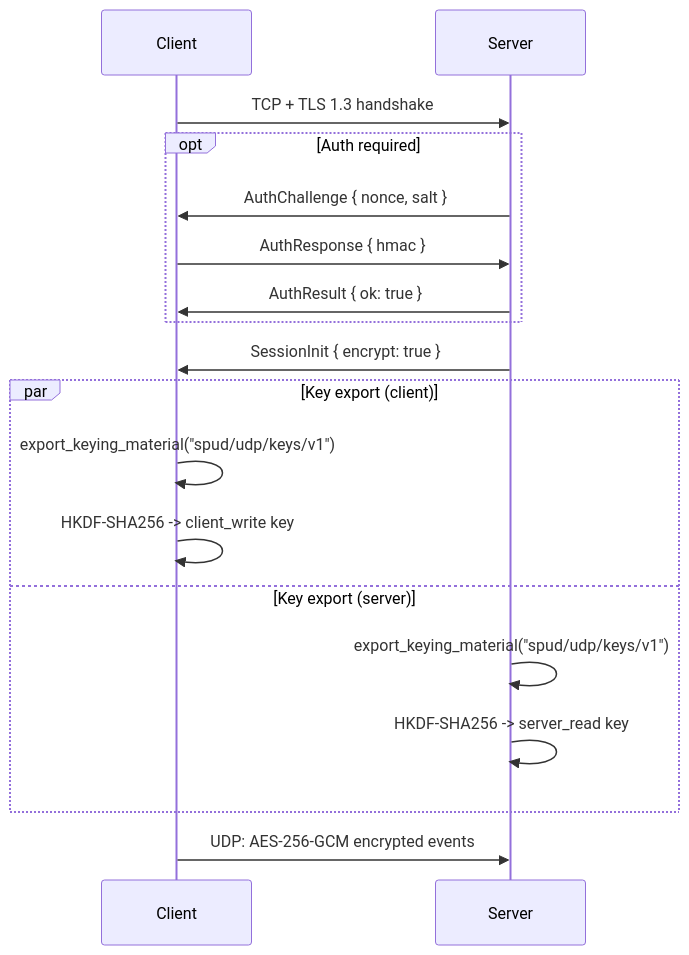
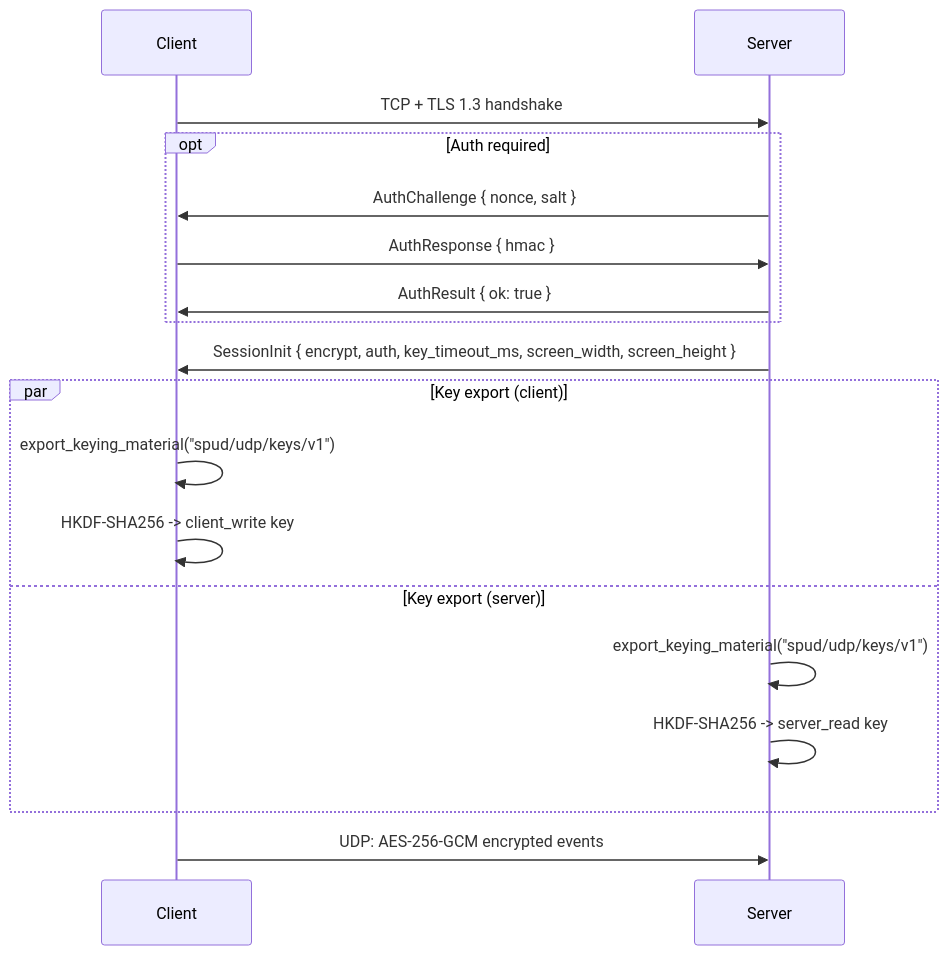
One commit to xfoa/spud changed the first of 3 diagrams in docs/encryption.md. Above: the diagram before and after it, drawn with Mermaid. The commit also changed other lines of this file and 4 other files, not shown here.

````diff
--- a/docs/encryption.md
+++ b/docs/encryption.md
@@ -27,20 +27,20 @@
 ```mermaid
 sequenceDiagram
     participant C as Client
     participant S as Server
     C->>S: TCP + TLS 1.3 handshake
     opt Auth required
         S->>C: AuthChallenge { nonce, salt }
         C->>S: AuthResponse { hmac }
         S->>C: AuthResult { ok: true }
     end
-    S->>C: SessionInit { encrypt: true }
+    S->>C: SessionInit { encrypt, auth, key_timeout_ms, screen_width, screen_height }
     par Key export (client)
         C->>C: export_keying_material("spud/udp/keys/v1")
         C->>C: HKDF-SHA256 -> client_write key
     and Key export (server)
         S->>S: export_keying_material("spud/udp/keys/v1")
         S->>S: HKDF-SHA256 -> server_read key
     end
     C->>S: UDP: AES-256-GCM encrypted events
 ```
````
